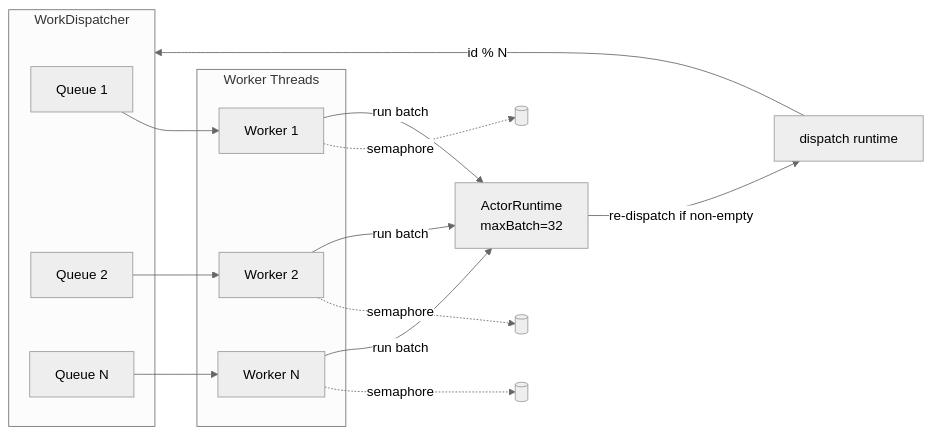
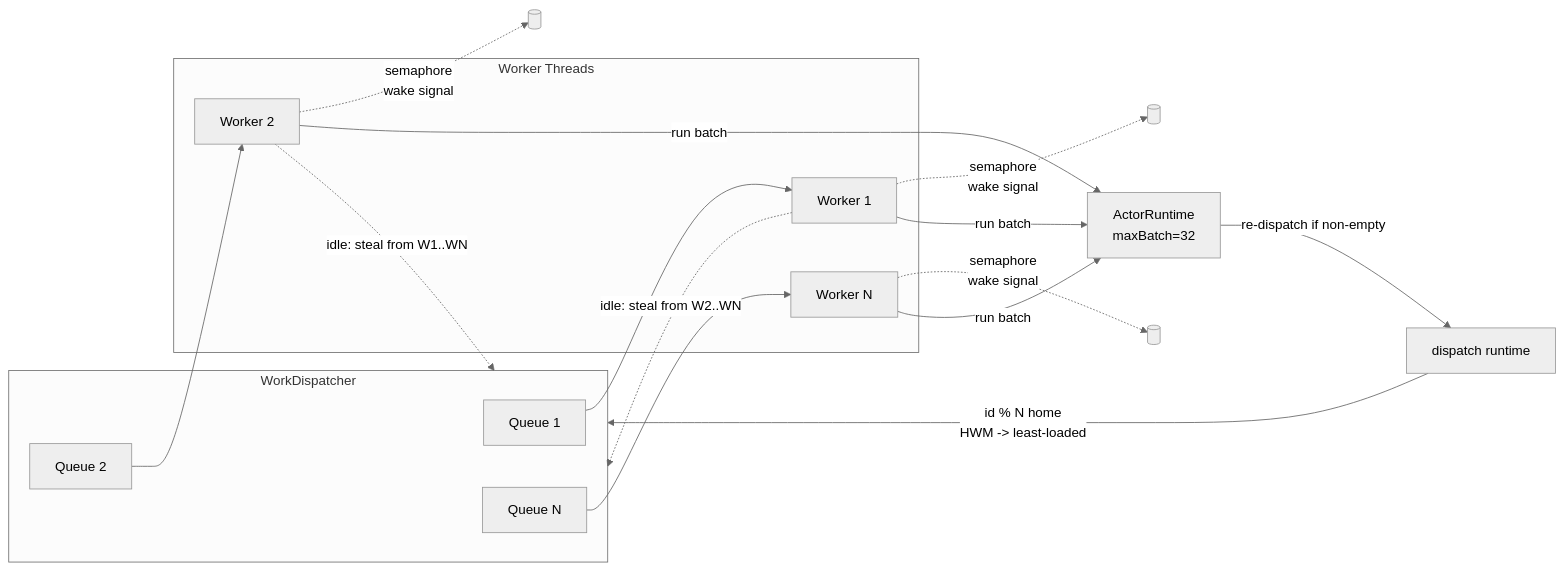
One commit to shoenkh15324/V2-Engine changed the fourth of 9 diagrams in README.md. Above: the diagram before and after it, drawn with Mermaid (neutral theme). The commit also changed other lines of this file and 8 other files, not shown here.

````diff
--- a/README.md
+++ b/README.md
@@ -258,24 +261,26 @@
 ```mermaid
 flowchart LR
     subgraph Dispatcher["WorkDispatcher"]
         Q1[Queue 1]
         Q2[Queue 2]
         QN[Queue N]
     end
     subgraph Workers["Worker Threads"]
         W1[Worker 1]
         W2[Worker 2]
         WN[Worker N]
     end
-    Dispatch[dispatch runtime] -->|id % N| Dispatcher
+    Dispatch[dispatch runtime] -->|id % N home<br/>HWM -> least-loaded| Dispatcher
     Q1 --> W1
     Q2 --> W2
     QN --> WN
-    W1 -.->|semaphore| S1[( )]
-    W2 -.->|semaphore| S2[( )]
-    WN -.->|semaphore| SN[( )]
+    W1 -.->|semaphore<br/>wake signal| S1[( )]
+    W2 -.->|semaphore<br/>wake signal| S2[( )]
+    WN -.->|semaphore<br/>wake signal| SN[( )]
     W1 -->|run batch| RT[ActorRuntime<br/>maxBatch=32]
     W2 -->|run batch| RT
     WN -->|run batch| RT
     RT -->|re-dispatch if non-empty| Dispatch
+    W1 -.->|idle: steal from W2..WN| Dispatcher
+    W2 -.->|idle: steal from W1..WN| Dispatcher
 ```
````
